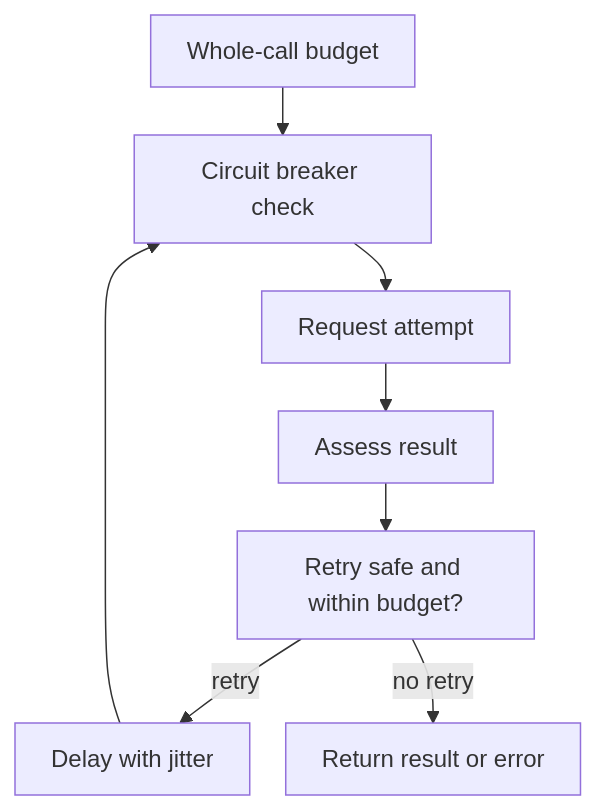
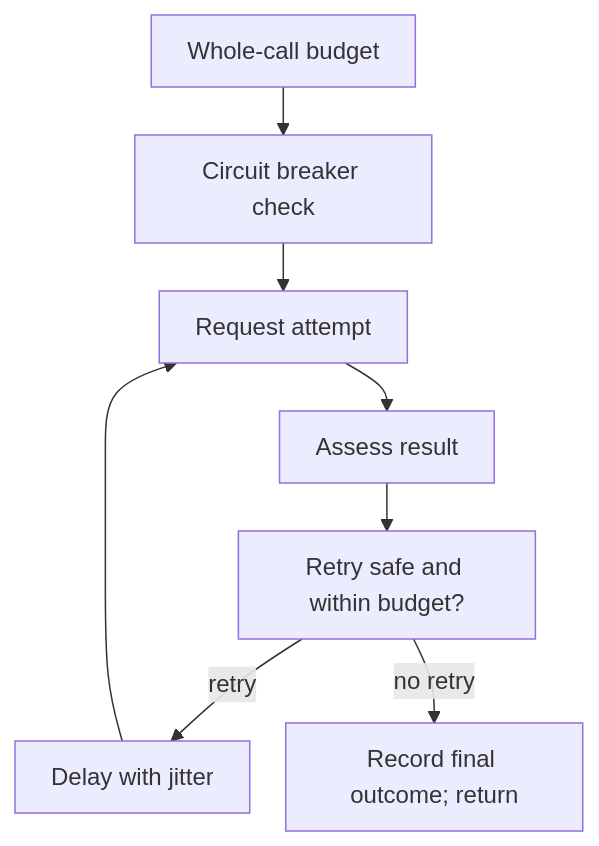
Before and after one commit to bedrock-python/bedrock-python.github.io: the diagram in docs/blog/posts/2026-09-13-production-http-grpc-clients.md, drawn with Mermaid. The commit also changed other lines of this file and 205 other files, not shown here.

````diff
--- a/docs/blog/posts/2026-09-13-production-http-grpc-clients.md
+++ b/docs/blog/posts/2026-09-13-production-http-grpc-clients.md
@@ -116,26 +218,26 @@
 ```mermaid
 ---
 config:
   theme: default
   look: classic
   flowchart:
     useMaxWidth: false
     wrappingWidth: 150
     padding: 12
     nodeSpacing: 24
     rankSpacing: 32
 ---
 flowchart TD
-    accTitle: Limits around an outgoing call
-    accDescr: One budget bounds the whole call. A retry requires a repeatable operation, remaining time and permission from the resilience policy.
+    accTitle: One HTTP call, several possible attempts
+    accDescr: The HTTP breaker checks once before retries and records their final outcome. All attempts share the call deadline.
     A["Whole-call budget"]
     B["Circuit breaker check"]
     C["Request attempt"]
     D["Assess result"]
     E["Retry safe and within budget?"]
     F["Delay with jitter"]
-    G["Return result or error"]
+    G["Record final outcome; return"]
     A --> B --> C --> D --> E
-    E -->|"retry"| F --> B
+    E -->|"retry"| F --> C
     E -->|"no retry"| G
 ```
````
